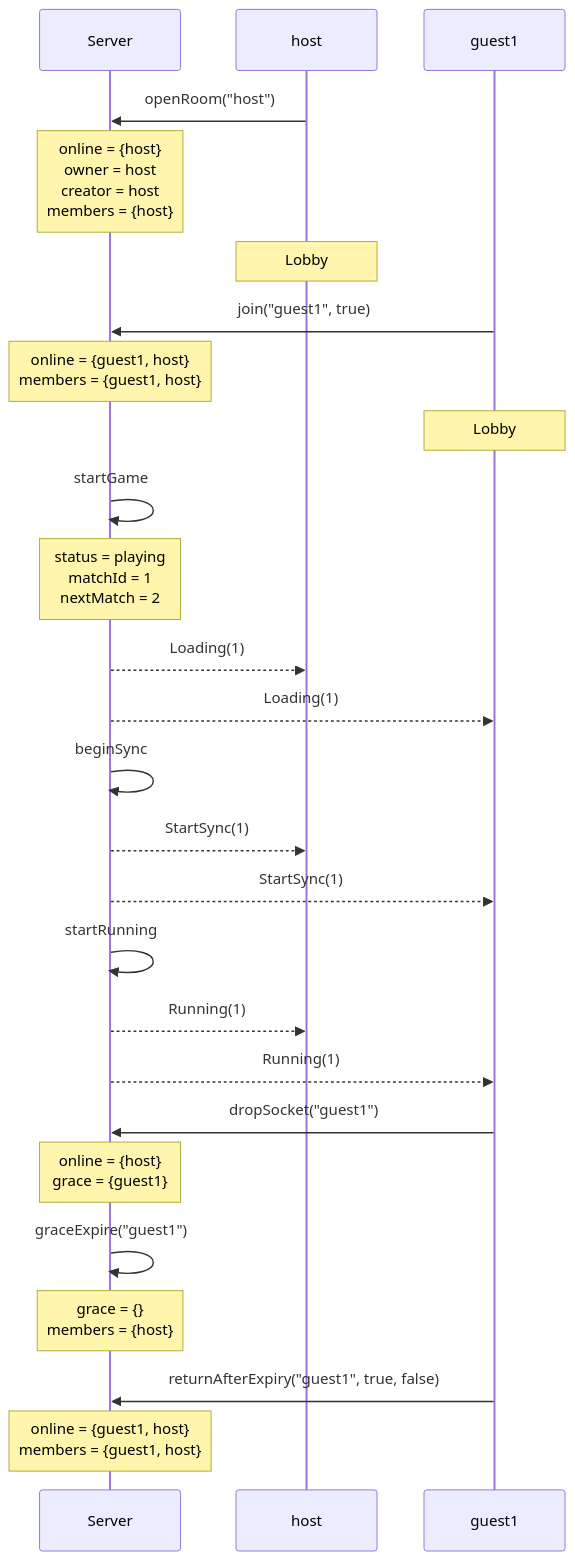
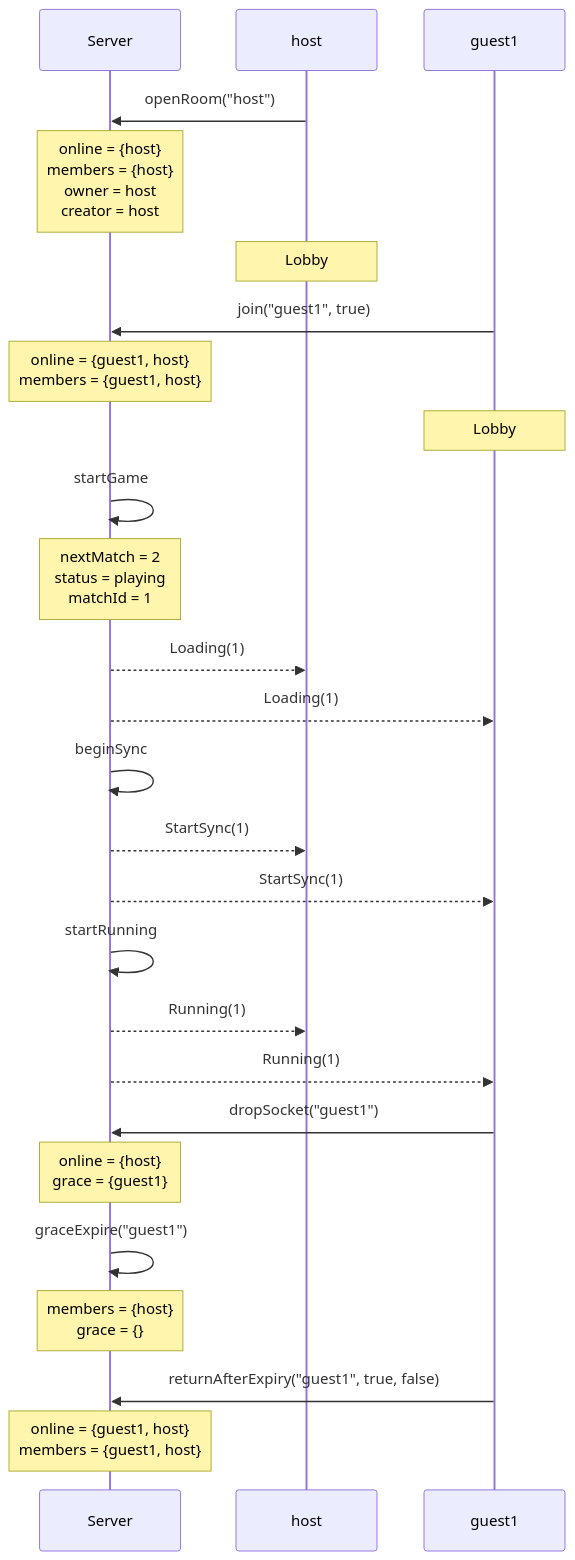
One commit to kwilson21/kaillera-next changed diagram 13 of 36 in docs/spec-traces.md. Above: the diagram before and after it, drawn with Mermaid. The commit also changed other lines of this file and 36 other files, not shown here.

````diff
--- a/docs/spec-traces.md
+++ b/docs/spec-traces.md
@@ -229,28 +291,28 @@
 ```mermaid
 sequenceDiagram
   participant Server
   participant host
   participant guest1
   host->>Server: openRoom("host")
-  Note over Server: online = {host}<br/>owner = host<br/>creator = host<br/>members = {host}
+  Note over Server: online = {host}<br/>members = {host}<br/>owner = host<br/>creator = host
   Note over host: Lobby
   guest1->>Server: join("guest1", true)
   Note over Server: online = {guest1, host}<br/>members = {guest1, host}
   Note over guest1: Lobby
   Server->>Server: startGame
-  Note over Server: status = playing<br/>matchId = 1<br/>nextMatch = 2
+  Note over Server: nextMatch = 2<br/>status = playing<br/>matchId = 1
   Server-->>host: Loading(1)
   Server-->>guest1: Loading(1)
   Server->>Server: beginSync
   Server-->>host: StartSync(1)
   Server-->>guest1: StartSync(1)
   Server->>Server: startRunning
   Server-->>host: Running(1)
   Server-->>guest1: Running(1)
   guest1->>Server: dropSocket("guest1")
   Note over Server: online = {host}<br/>grace = {guest1}
   Server->>Server: graceExpire("guest1")
-  Note over Server: grace = {}<br/>members = {host}
+  Note over Server: members = {host}<br/>grace = {}
   guest1->>Server: returnAfterExpiry("guest1", true, false)
   Note over Server: online = {guest1, host}<br/>members = {guest1, host}
 ```
````
